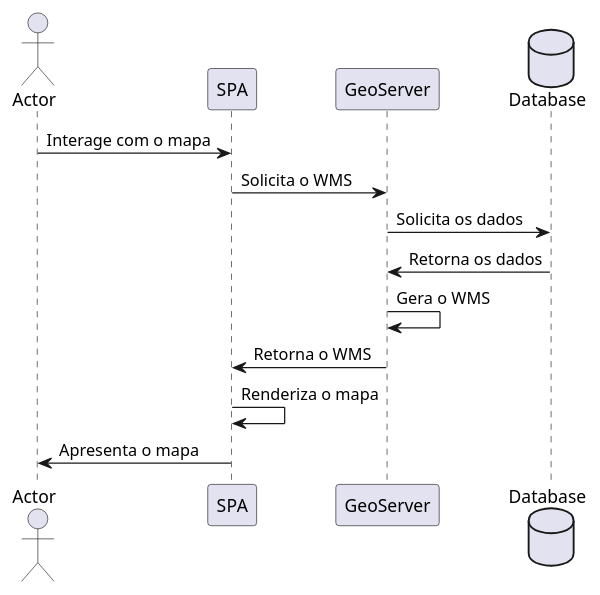
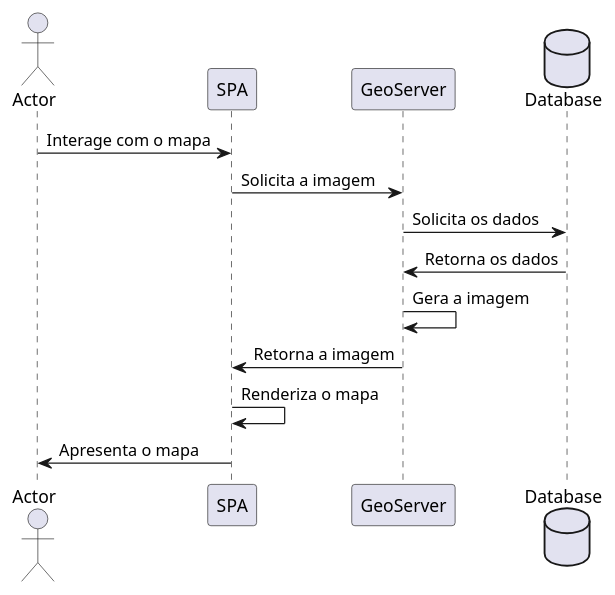
The diagram in sequence-diagram/request-geoserver.plantuml (ruralgises/documentation), drawn with PlantUML before and after one commit.

```diff
--- a/sequence-diagram/request-geoserver.plantuml
+++ b/sequence-diagram/request-geoserver.plantuml
@@ -1,12 +1,12 @@
 @startuml
 actor Actor as Actor
 Actor -> SPA : Interage com o mapa
-SPA -> GeoServer : Solicita o WMS
+SPA -> GeoServer : Solicita a imagem
 database Database as Database
 GeoServer -> Database : Solicita os dados
 Database -> GeoServer : Retorna os dados
-GeoServer -> GeoServer : Gera o WMS
-GeoServer -> SPA : Retorna o WMS
+GeoServer -> GeoServer : Gera a imagem
+GeoServer -> SPA : Retorna a imagem
 SPA -> SPA : Renderiza o mapa
 SPA -> Actor : Apresenta o mapa
 @enduml
```
